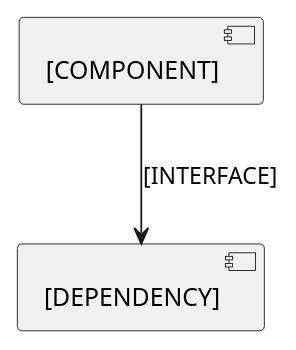
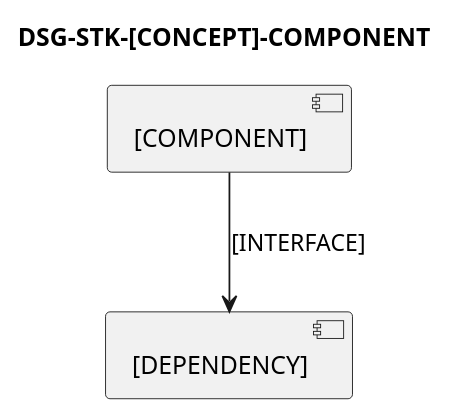
One commit to ruifrvaz/smaqit changed the diagram in templates/designs/stack.template.md. Above: the diagram before and after it, drawn with PlantUML. The commit also changed 9 other files, not shown here.

````diff
--- a/templates/designs/stack.template.md
+++ b/templates/designs/stack.template.md
@@ -21,7 +21,8 @@
 ```plantuml
 @startuml
+title DSG-STK-[CONCEPT]-COMPONENT
 component "[COMPONENT]" as Component
 component "[DEPENDENCY]" as Dependency
 Component --> Dependency : [INTERFACE]
 @enduml
 ```
````
